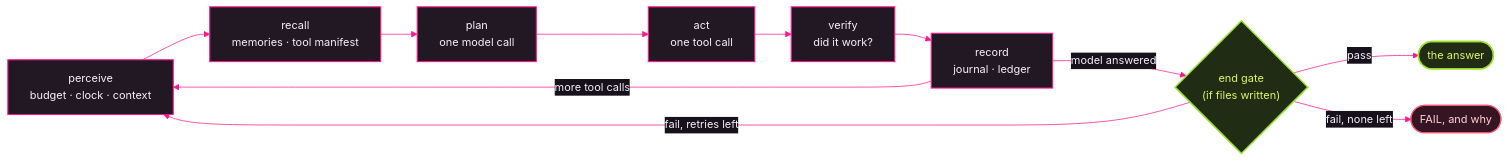
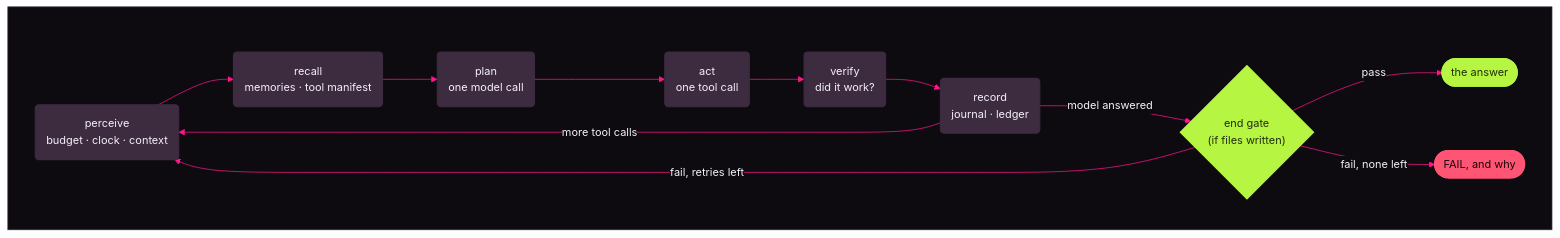
Before and after one commit to Kaginari/mikata: the first of 2 diagrams in docs/02-loop.md, drawn with Mermaid. The commit also changed other lines of this file and 55 other files, not shown here.

````diff
--- a/docs/02-loop.md
+++ b/docs/02-loop.md
@@ -15,73 +5,77 @@
 ```mermaid
 ---
 config:
   theme: base
   themeVariables:
     darkMode: true
     background: "#0d0b10"
     fontFamily: "Inter, Segoe UI, system-ui, -apple-system, Helvetica, Arial, sans-serif"
     fontSize: "15px"
-    primaryColor: "#211824"
+    primaryColor: "#3d2b40"
     primaryTextColor: "#f5eff7"
-    primaryBorderColor: "#ff168a"
-    secondaryColor: "#2c2030"
+    primaryBorderColor: "#3d2b40"
+    secondaryColor: "#59405d"
     secondaryTextColor: "#f5eff7"
-    secondaryBorderColor: "#ff655c"
+    secondaryBorderColor: "#59405d"
     tertiaryColor: "#16111b"
     tertiaryTextColor: "#f5eff7"
-    tertiaryBorderColor: "#59405d"
+    tertiaryBorderColor: "#3d2b40"
     lineColor: "#ff168a"
     textColor: "#f5eff7"
     titleColor: "#f5eff7"
-    edgeLabelBackground: "#16111b"
+    edgeLabelBackground: "#0d0b10"
     clusterBkg: "#16111b"
-    clusterBorder: "#59405d"
-    noteBkgColor: "#332711"
-    noteTextColor: "#ffe1a8"
+    clusterBorder: "#3d2b40"
+    noteBkgColor: "#ffb020"
+    noteTextColor: "#1a1205"
     noteBorderColor: "#ffb020"
-    actorBkg: "#211824"
-    actorBorder: "#ff168a"
+    actorBkg: "#3d2b40"
+    actorBorder: "#3d2b40"
     actorTextColor: "#f5eff7"
     actorLineColor: "#59405d"
     signalColor: "#ff655c"
     signalTextColor: "#f5eff7"
-    labelBoxBkgColor: "#211824"
-    labelBoxBorderColor: "#ff168a"
+    labelBoxBkgColor: "#3d2b40"
+    labelBoxBorderColor: "#3d2b40"
     labelTextColor: "#f5eff7"
     loopTextColor: "#f5eff7"
-    activationBkgColor: "#3a0f26"
+    activationBkgColor: "#ff168a"
     activationBorderColor: "#ff168a"
     sequenceNumberColor: "#0d0b10"
     transitionColor: "#ff168a"
     transitionLabelColor: "#f5eff7"
     stateLabelColor: "#f5eff7"
-    stateBkg: "#211824"
-    labelBackgroundColor: "#16111b"
+    stateBkg: "#3d2b40"
+    labelBackgroundColor: "#0d0b10"
     compositeBackground: "#16111b"
-    compositeTitleBackground: "#211824"
+    compositeTitleBackground: "#3d2b40"
     altBackground: "#16111b"
     specialStateColor: "#b6f542"
     innerEndBackground: "#b6f542"
   flowchart:
     wrappingWidth: 360
 ---
 flowchart LR
-    P["perceive<br/>budget · clock · context"] --> RC["recall<br/>memories · tool manifest"]
-    RC --> PL["plan<br/>one model call"]
-    PL --> A["act<br/>one tool call"]
-    A --> VF["verify<br/>did it work?"]
-    VF --> REC["record<br/>journal · ledger"]
-    REC -->|more tool calls| P
-    REC -->|model answered| G{"end gate<br/>(if files written)"}
-    G -->|pass| DONE(["the answer"])
-    G -->|fail, retries left| P
-    G -->|fail, none left| FAIL(["FAIL, and why"])
-    classDef step fill:#211824,stroke:#ff168a,stroke-width:1.5px,color:#f5eff7
+    subgraph MIKATA_BG[" "]
+      direction LR
+      P("perceive<br/>budget · clock · context") --> RC("recall<br/>memories · tool manifest")
+      RC --> PL("plan<br/>one model call")
+      PL --> A("act<br/>one tool call")
+      A --> VF("verify<br/>did it work?")
+      VF --> REC("record<br/>journal · ledger")
+      REC -->|more tool calls| P
+      REC -->|model answered| G{"end gate<br/>(if files written)"}
+      G -->|pass| DONE(["the answer"])
+      G -->|fail, retries left| P
+      G -->|fail, none left| FAIL(["FAIL, and why"])
+    end
+    classDef step fill:#3d2b40,stroke:#3d2b40,stroke-width:1.5px,color:#f5eff7
     class P,RC,PL,A,VF,REC step
-    classDef gate fill:#202c13,stroke:#9be22d,stroke-width:2px,color:#d9f95c
+    classDef gate fill:#b6f542,stroke:#b6f542,stroke-width:2px,color:#203008
     class G gate
-    classDef good fill:#202c13,stroke:#9be22d,stroke-width:2px,color:#d9f95c
+    classDef good fill:#b6f542,stroke:#b6f542,stroke-width:2px,color:#203008
     class DONE good
-    classDef bad fill:#361522,stroke:#ff5575,stroke-width:1.5px,color:#ffd0da
+    classDef bad fill:#ff5575,stroke:#ff5575,stroke-width:1.5px,color:#1a0509
     class FAIL bad
+    style MIKATA_BG fill:#0d0b10,stroke:#3d2b40,color:#0d0b10
 ```
````
